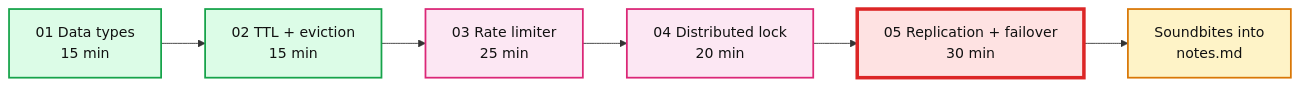
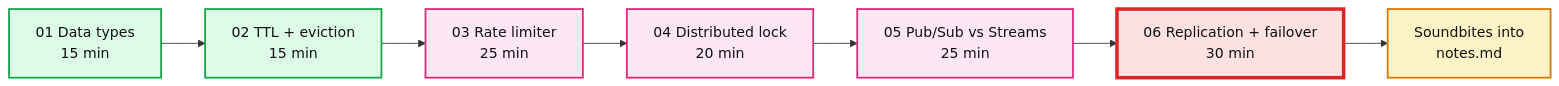
The diagram in tool-practise/redis/README.md (vicky22291/VinayPractise), drawn with Mermaid before and after one commit. The commit also changed other lines of this file and 3 other files, not shown here.

Commit message:
Add Redis pub/sub vs streams exercise, renumber failover to 06

````diff
--- a/tool-practise/redis/README.md
+++ b/tool-practise/redis/README.md
@@ -25,19 +26,20 @@
 ```mermaid
 %% What the session builds, in order. Each box is one exercise.
 flowchart LR
     E1[01 Data types<br/>15 min] --> E2[02 TTL + eviction<br/>15 min]
     E2 --> E3[03 Rate limiter<br/>25 min]
     E3 --> E4[04 Distributed lock<br/>20 min]
-    E4 --> E5[05 Replication + failover<br/>30 min]
-    E5 --> S[Soundbites into<br/>notes.md]
+    E4 --> E5[05 Pub/Sub vs Streams<br/>25 min]
+    E5 --> E6[06 Replication + failover<br/>30 min]
+    E6 --> S[Soundbites into<br/>notes.md]
 
     class E1,E2 service
-    class E3,E4 decision
-    class E5 critical
+    class E3,E4,E5 decision
+    class E6 critical
     class S cache
 
     classDef service  fill:#dcfce7,stroke:#16a34a,stroke-width:2px,color:#111
     classDef decision fill:#fce7f3,stroke:#db2777,stroke-width:2px,color:#111
     classDef critical fill:#fee2e2,stroke:#dc2626,stroke-width:4px,color:#111
     classDef cache    fill:#fef3c7,stroke:#d97706,stroke-width:2px,color:#111
 ```
````
